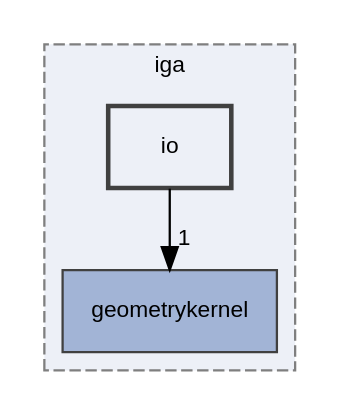
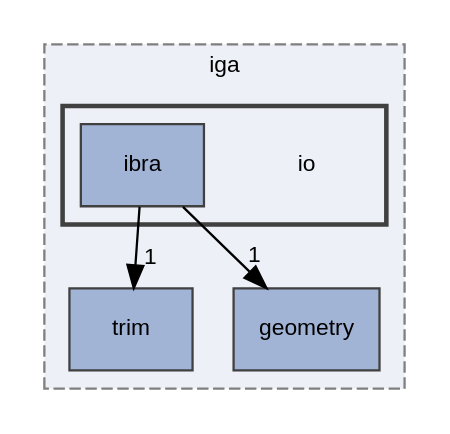
Before and after one commit to rath3t/dune-iga-doc: the diagram in dir_c3ccff8517fbe337b2b8ad503c3a1590_dep.dot, drawn with Graphviz. The commit also changed 1789 other files, not shown here.

```diff
--- a/dir_c3ccff8517fbe337b2b8ad503c3a1590_dep.dot
+++ b/dir_c3ccff8517fbe337b2b8ad503c3a1590_dep.dot
@@ -1,13 +1,19 @@
 digraph "io"
 {
  // LATEX_PDF_SIZE
   edge [fontname="Helvetica",fontsize="10",labelfontname="Helvetica",labelfontsize="10"];
   node [fontname="Helvetica",fontsize="10",shape=record];
   compound=true
   subgraph clusterdir_d2a3c23294a1b1015b1b8e8721ddded8 {
     graph [ bgcolor="#edf0f7", pencolor="grey50", style="filled,dashed,", label="iga", fontname="Helvetica", fontsize="10", URL="dir_d2a3c23294a1b1015b1b8e8721ddded8.html"]
-  dir_98571e7345f7327fea7723ec1a12d870 [shape=box, label="geometrykernel", style="filled,", fillcolor="#a2b4d6", color="grey25", URL="dir_98571e7345f7327fea7723ec1a12d870.html"];
-  dir_c3ccff8517fbe337b2b8ad503c3a1590 [shape=box, label="io", style="filled,bold,", fillcolor="#edf0f7", color="grey25", URL="dir_c3ccff8517fbe337b2b8ad503c3a1590.html"];
+  dir_3a8a27db37838cd238997301ec88b300 [shape=box, label="trim", style="filled,", fillcolor="#a2b4d6", color="grey25", URL="dir_3a8a27db37838cd238997301ec88b300.html"];
+  dir_b534248905b8119b36a62f0ff7e8fe43 [shape=box, label="geometry", style="filled,", fillcolor="#a2b4d6", color="grey25", URL="dir_b534248905b8119b36a62f0ff7e8fe43.html"];
+  subgraph clusterdir_c3ccff8517fbe337b2b8ad503c3a1590 {
+    graph [ bgcolor="#edf0f7", pencolor="grey25", style="filled,bold,", label="", fontname="Helvetica", fontsize="10", URL="dir_c3ccff8517fbe337b2b8ad503c3a1590.html"]
+    dir_c3ccff8517fbe337b2b8ad503c3a1590 [shape=plaintext, label="io"];
+  dir_440ded016e37adf92567ec9f8d67bf61 [shape=box, label="ibra", style="filled,", fillcolor="#a2b4d6", color="grey25", URL="dir_440ded016e37adf92567ec9f8d67bf61.html"];
   }
-  dir_c3ccff8517fbe337b2b8ad503c3a1590->dir_98571e7345f7327fea7723ec1a12d870 [headlabel="1", labeldistance=1.5 headhref="dir_000013_000006.html"];
+  }
+  dir_440ded016e37adf92567ec9f8d67bf61->dir_3a8a27db37838cd238997301ec88b300 [headlabel="1", labeldistance=1.5 headhref="dir_000004_000009.html"];
+  dir_440ded016e37adf92567ec9f8d67bf61->dir_b534248905b8119b36a62f0ff7e8fe43 [headlabel="1", labeldistance=1.5 headhref="dir_000004_000003.html"];
 }
```
